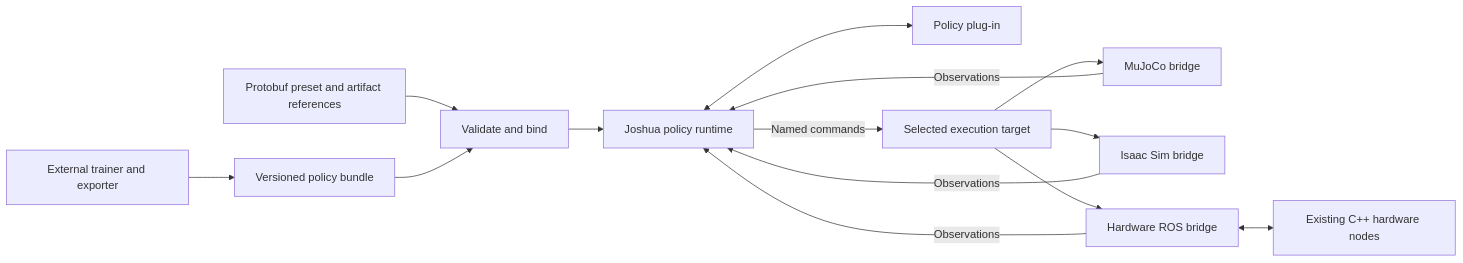
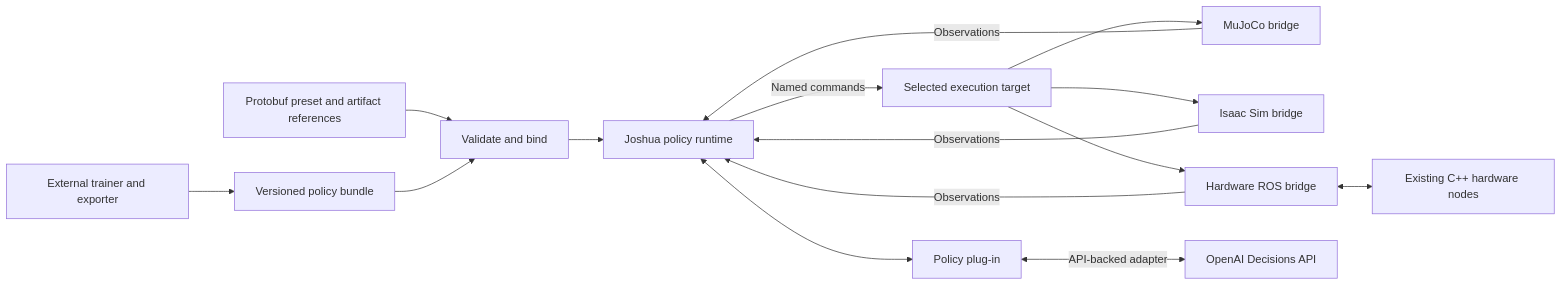
One commit to Joshua-AI-Robotics/Joshua changed the diagram in docs/POLICY_INTERFACE_AND_BRIDGES_PLAN.md. Above: the diagram before and after it, drawn with Mermaid. The commit also changed other lines of this file and 2 other files, not shown here.

Commit message:
docs: prioritize Decisions API head in policy interface plan

````diff
--- a/docs/POLICY_INTERFACE_AND_BRIDGES_PLAN.md
+++ b/docs/POLICY_INTERFACE_AND_BRIDGES_PLAN.md
@@ -95,16 +168,17 @@
 ```mermaid
 flowchart LR
     Config[Protobuf preset and artifact references] --> Bind[Validate and bind]
     Train[External trainer and exporter] --> Bundle[Versioned policy bundle]
     Bundle --> Bind
     Bind --> Runtime[Joshua policy runtime]
     MJ[MuJoCo bridge] -->|Observations| Runtime
     IS[Isaac Sim bridge] -->|Observations| Runtime
     HW[Hardware ROS bridge] -->|Observations| Runtime
     Runtime <--> Plugin[Policy plug-in]
     Runtime -->|Named commands| Route[Selected execution target]
     Route --> MJ
     Route --> IS
     Route --> HW
     HW <--> Nodes[Existing C++ hardware nodes]
+    Plugin <-->|API-backed adapter| Decisions[OpenAI Decisions API]
 ```
````
